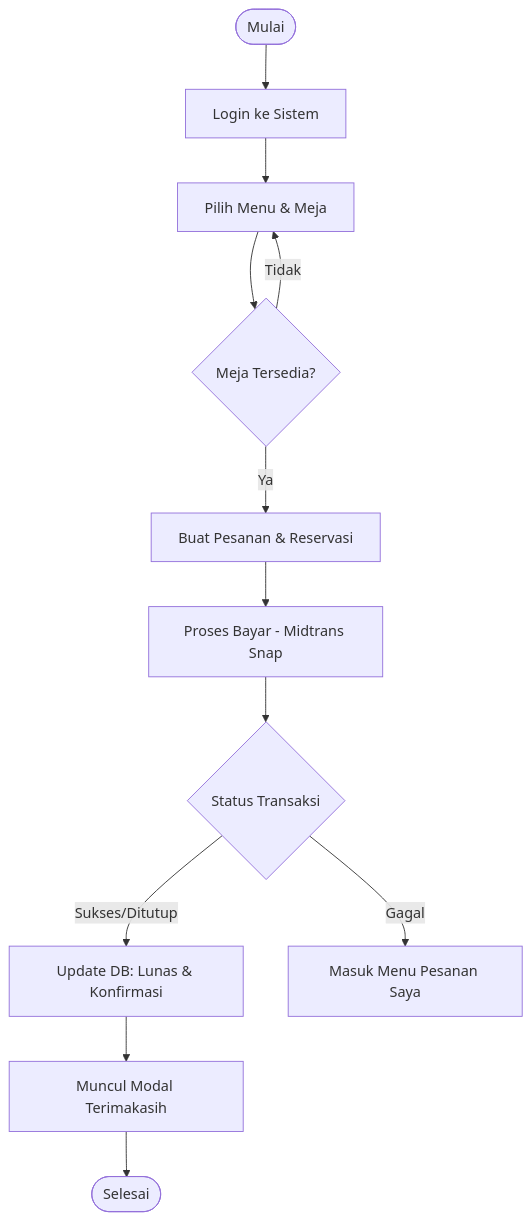
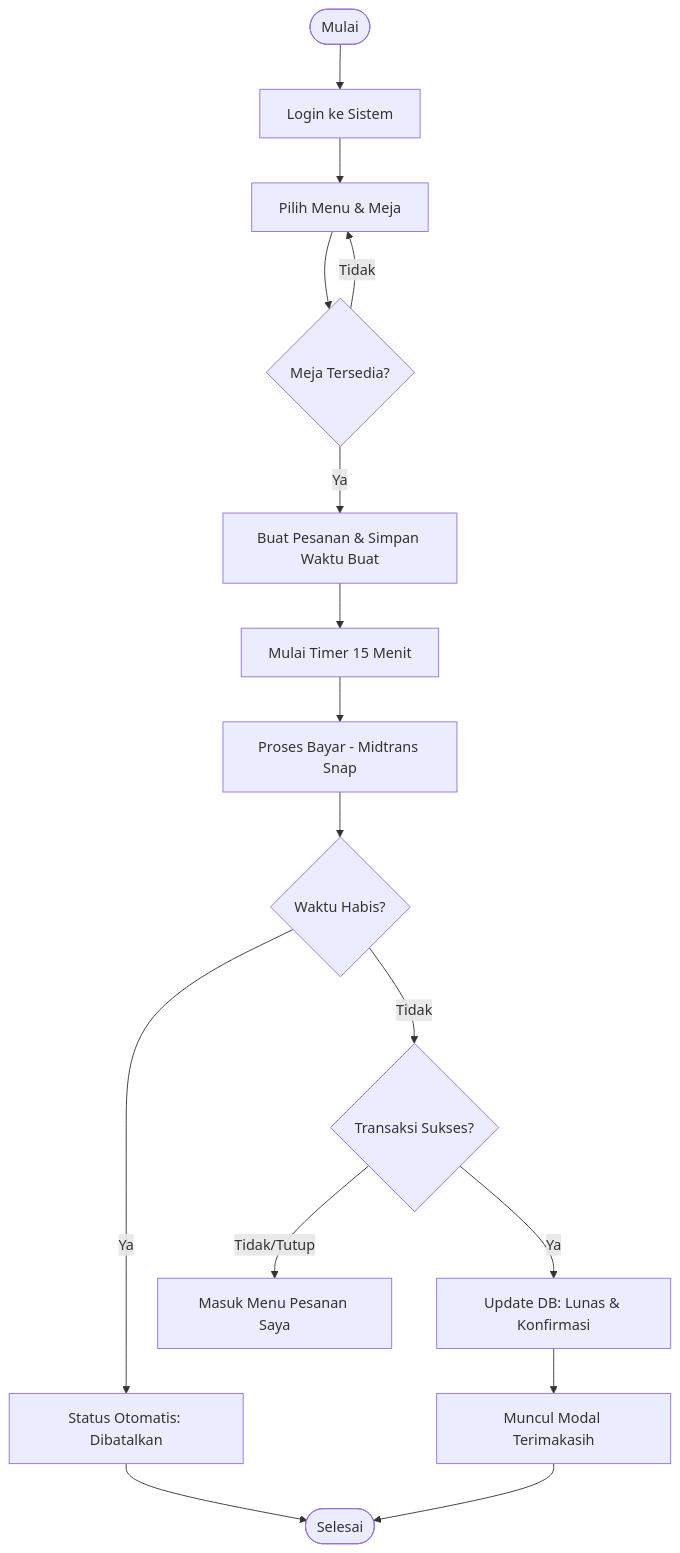
One commit to AkbarHusaini/website-reservasi-online-Ineri-suki changed the second of 3 diagrams in DIAGRAM.md. Above: the diagram before and after it, drawn with Mermaid. The commit also changed other lines of this file, not shown here.

Commit message:
docs: update all diagrams to include 15-minute timer and auto-cancellation logic

````diff
--- a/DIAGRAM.md
+++ b/DIAGRAM.md
@@ -48,18 +48,23 @@
 ```mermaid
 flowchart TD
     Start([Mulai]) --> Login[Login ke Sistem]
     Login --> Browse[Pilih Menu & Meja]
     Browse --> Check{Meja Tersedia?}
     
     Check -- Tidak --> Browse
-    Check -- Ya --> Create[Buat Pesanan & Reservasi]
+    Check -- Ya --> Create[Buat Pesanan & Simpan Waktu Buat]
     
-    Create --> Pay[Proses Bayar - Midtrans Snap]
-    Pay --> Result{Status Transaksi}
+    Create --> Timer[Mulai Timer 15 Menit]
+    Timer --> Pay[Proses Bayar - Midtrans Snap]
     
-    Result -- Sukses/Ditutup --> Update[Update DB: Lunas & Konfirmasi]
-    Result -- Gagal --> MyOrder[Masuk Menu Pesanan Saya]
+    Pay --> ExpireCheck{Waktu Habis?}
+    ExpireCheck -- Ya --> Cancel[Status Otomatis: Dibatalkan]
+    ExpireCheck -- Tidak --> Result{Transaksi Sukses?}
     
+    Result -- Ya --> Update[Update DB: Lunas & Konfirmasi]
+    Result -- Tidak/Tutup --> MyOrder[Masuk Menu Pesanan Saya]
+    
+    Cancel --> End([Selesai])
     Update --> SuccessModal[Muncul Modal Terimakasih]
-    SuccessModal --> End([Selesai])
+    SuccessModal --> End
 ```
````
